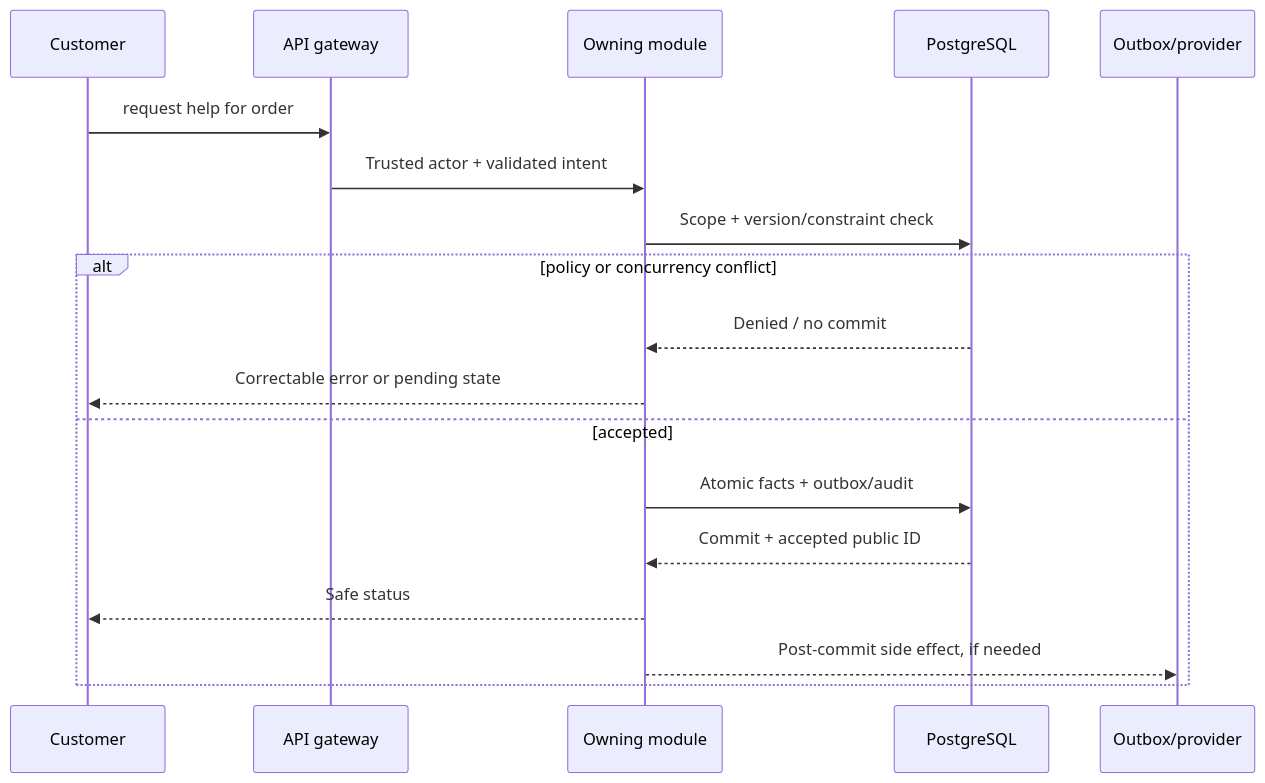
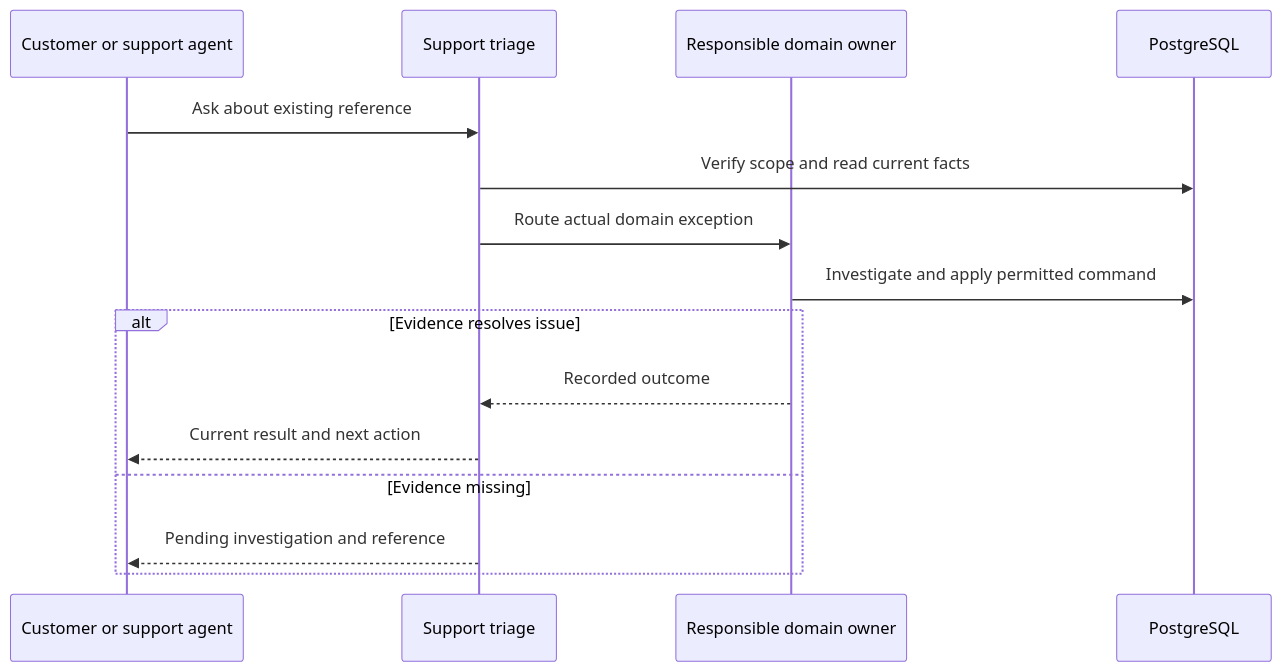
Before and after one commit to shiladityamajumder/pharmville-docs: the diagram in 06-Workflows/WF-013-Customer-Support-Triage.md, drawn with Mermaid. The commit also changed other lines of this file and 158 other files, not shown here.

Commit message:
docs: add business guides, fix Mermaid diagrams, improve traceability and automate validation

````diff
--- a/06-Workflows/WF-013-Customer-Support-Triage.md
+++ b/06-Workflows/WF-013-Customer-Support-Triage.md
@@ -31,20 +26,17 @@
 ```mermaid
 sequenceDiagram
-  participant A as Customer
-  participant API as API gateway
-  participant O as Owning module
-  participant PG as PostgreSQL
-  participant P as Outbox/provider
-  A->>API: request help for order
-  API->>O: Trusted actor + validated intent
-  O->>PG: Scope + version/constraint check
-  alt policy or concurrency conflict
-    PG-->>O: Denied / no commit
-    O-->>A: Correctable error or pending state
-  else accepted
-    O->>PG: Atomic facts + outbox/audit
-    PG-->>O: Commit + accepted public ID
-    O-->>A: Safe status
-    O-->>P: Post-commit side effect, if needed
+  participant C as Customer or support agent
+  participant O as Support triage
+  participant S as Responsible domain owner
+  participant D as PostgreSQL
+  C->>O: Ask about existing reference
+  O->>D: Verify scope and read current facts
+  O->>S: Route actual domain exception
+  S->>D: Investigate and apply permitted command
+  alt Evidence resolves issue
+    S-->>O: Recorded outcome
+    O-->>C: Current result and next action
+  else Evidence missing
+    O-->>C: Pending investigation and reference
   end
 ```
````
